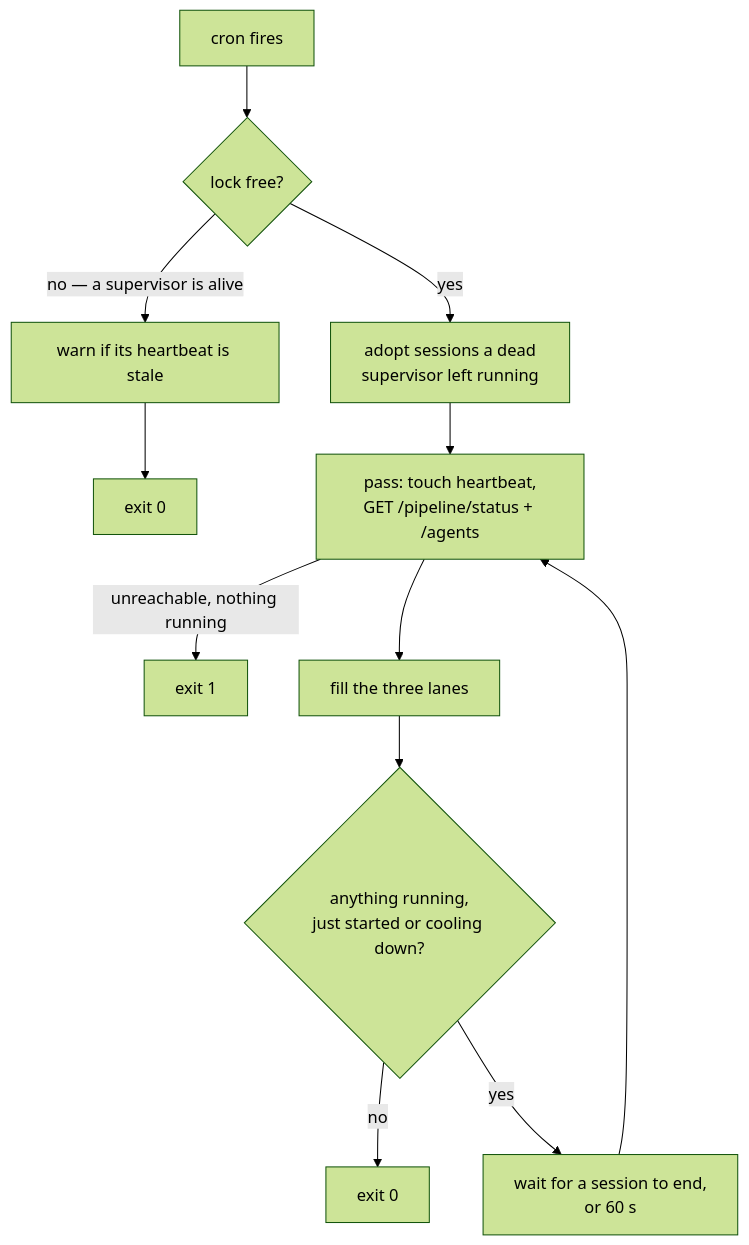
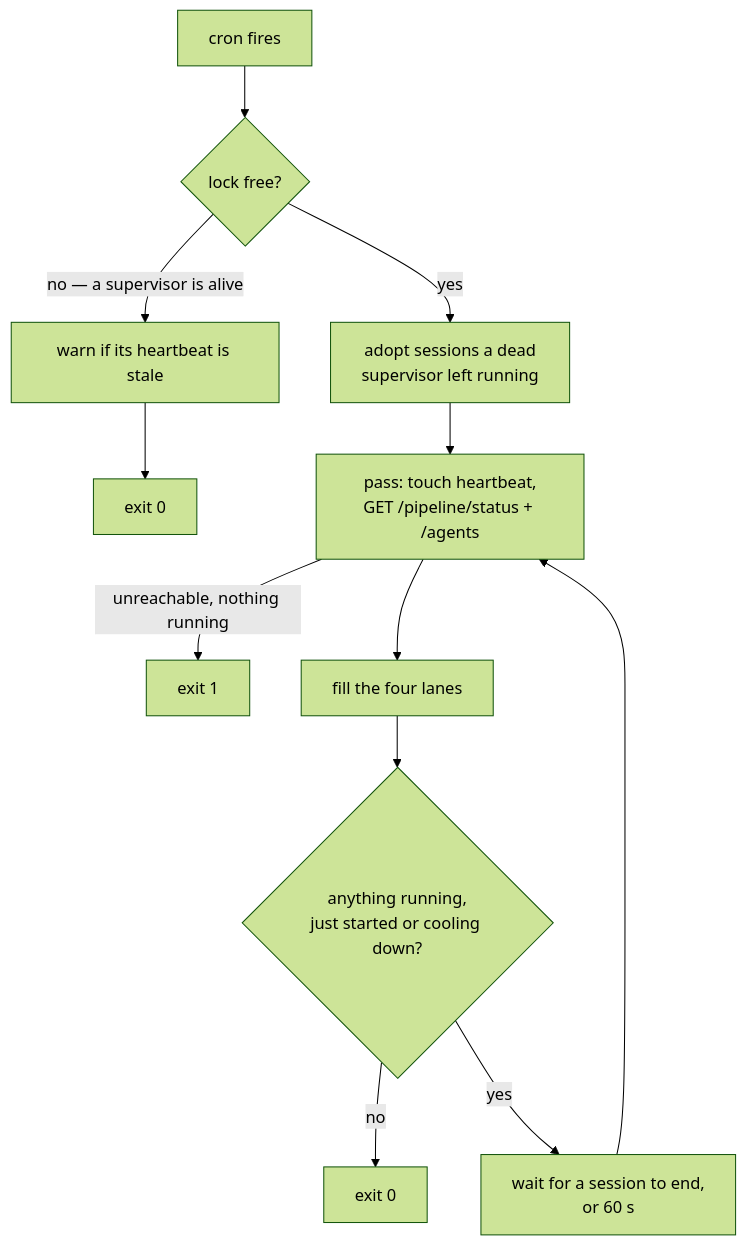
One commit to teja156/tubematic changed the diagram in docs/developer/13-the-poller.md. Above: the diagram before and after it, drawn with Mermaid (forest theme). The commit also changed other lines of this file and 22 other files, not shown here.

````diff
--- a/docs/developer/13-the-poller.md
+++ b/docs/developer/13-the-poller.md
@@ -70,12 +70,12 @@
 ```mermaid
 flowchart TD
     A[cron fires] --> L{lock free?}
     L -->|"no — a supervisor is alive"| HB[warn if its heartbeat is stale] --> X0[exit 0]
     L -->|yes| AD[adopt sessions a dead<br/>supervisor left running]
     AD --> P1[pass: touch heartbeat,<br/>GET /pipeline/status + /agents]
     P1 -->|unreachable, nothing running| X1[exit 1]
-    P1 --> LN[fill the three lanes]
+    P1 --> LN[fill the four lanes]
     LN --> I{anything running,<br/>just started or cooling down?}
     I -->|no| E[exit 0]
     I -->|yes| WT["wait for a session to end,<br/>or 60 s"] --> P1
 ```
````
